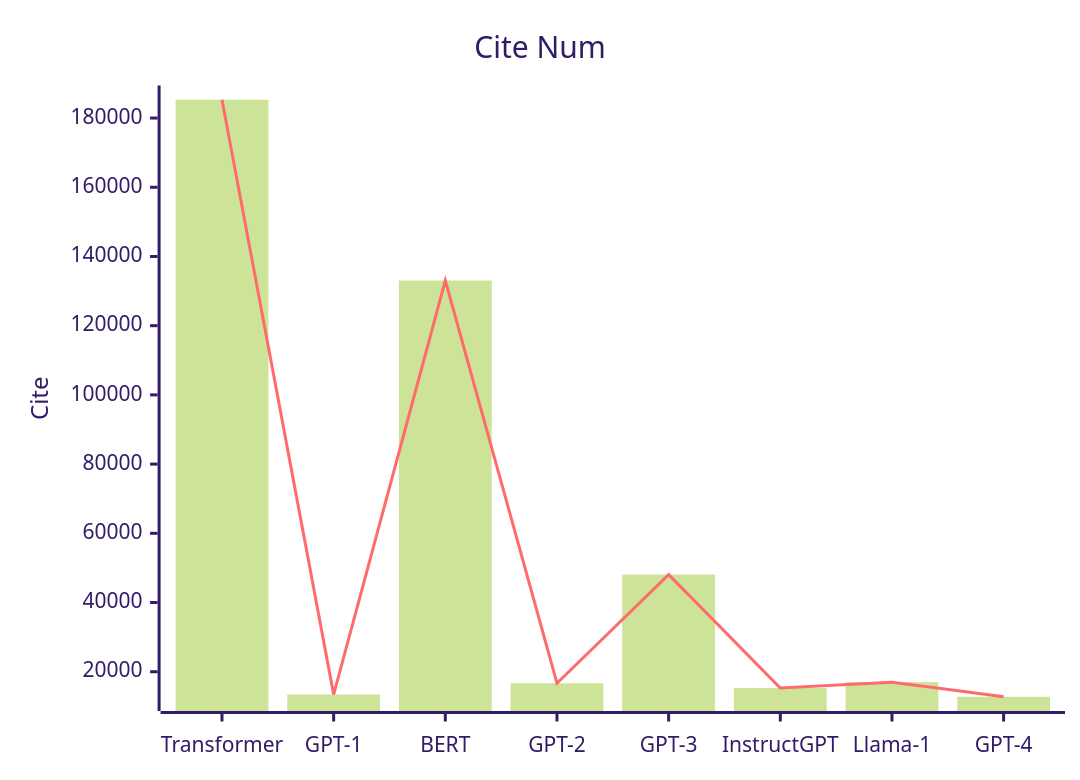
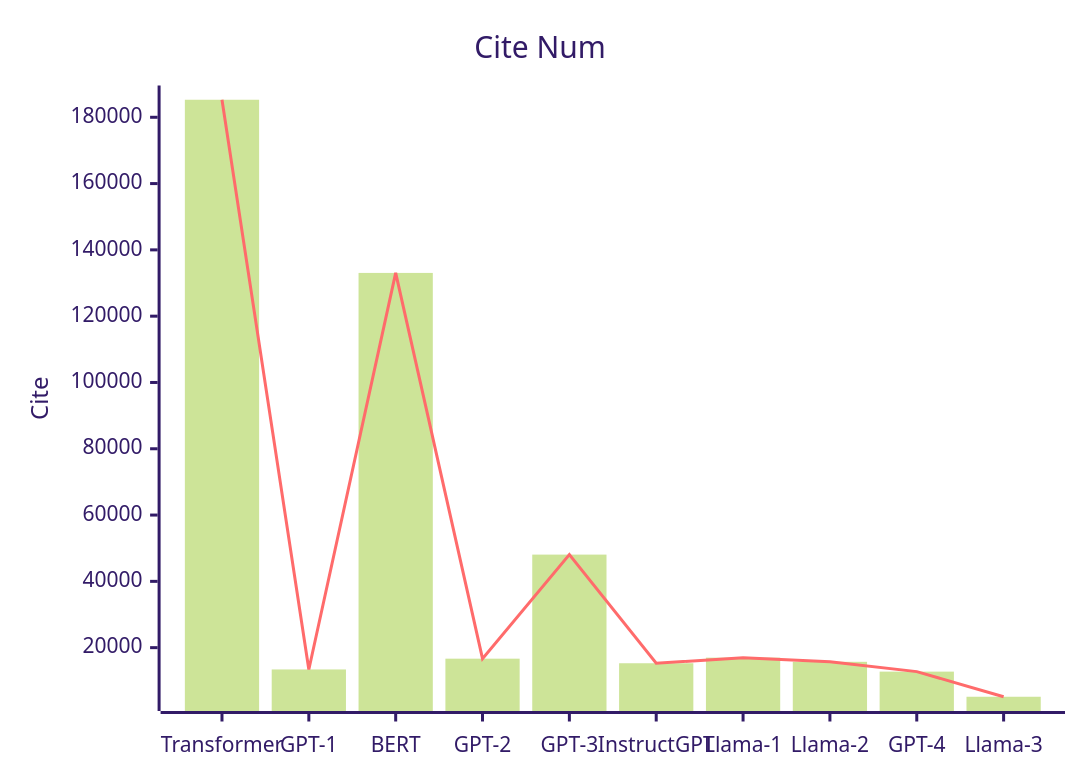
The fourth of 4 diagrams in Base_Model/LLM/analyse.md (Elephant-King9/Paper), drawn with Mermaid (forest theme) before and after one commit. The commit also changed other lines of this file and 4 other files, not shown here.

````diff
--- a/Base_Model/LLM/analyse.md
+++ b/Base_Model/LLM/analyse.md
@@ -89,8 +103,8 @@
 ```mermaid
     xychart-beta
     title "Cite Num"
-    x-axis [Transformer,GPT-1,BERT,GPT-2,GPT-3,InstructGPT,Llama-1,GPT-4]
+    x-axis [Transformer,GPT-1,BERT,GPT-2,GPT-3,InstructGPT,Llama-1,Llama-2,GPT-4,Llama-3]
     y-axis "Cite" 
-    bar [185289,13424,133047,16676,48070,15295,16982,12771]
-    line [185289,13424,133047,16676,48070,15295,16982,12771]
+    bar [185289,13424,133047,16676,48070,15295,16982,15730,12771,5189]
+    line [185289,13424,133047,16676,48070,15295,16982,15730,12771,5189]
 ```
````
